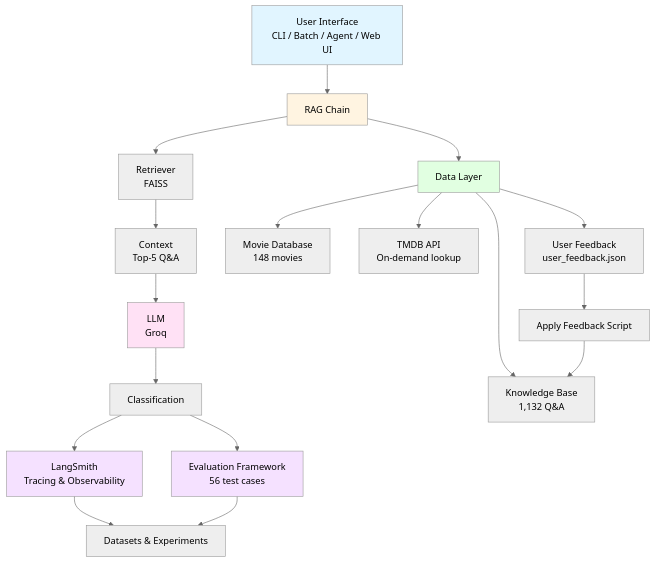
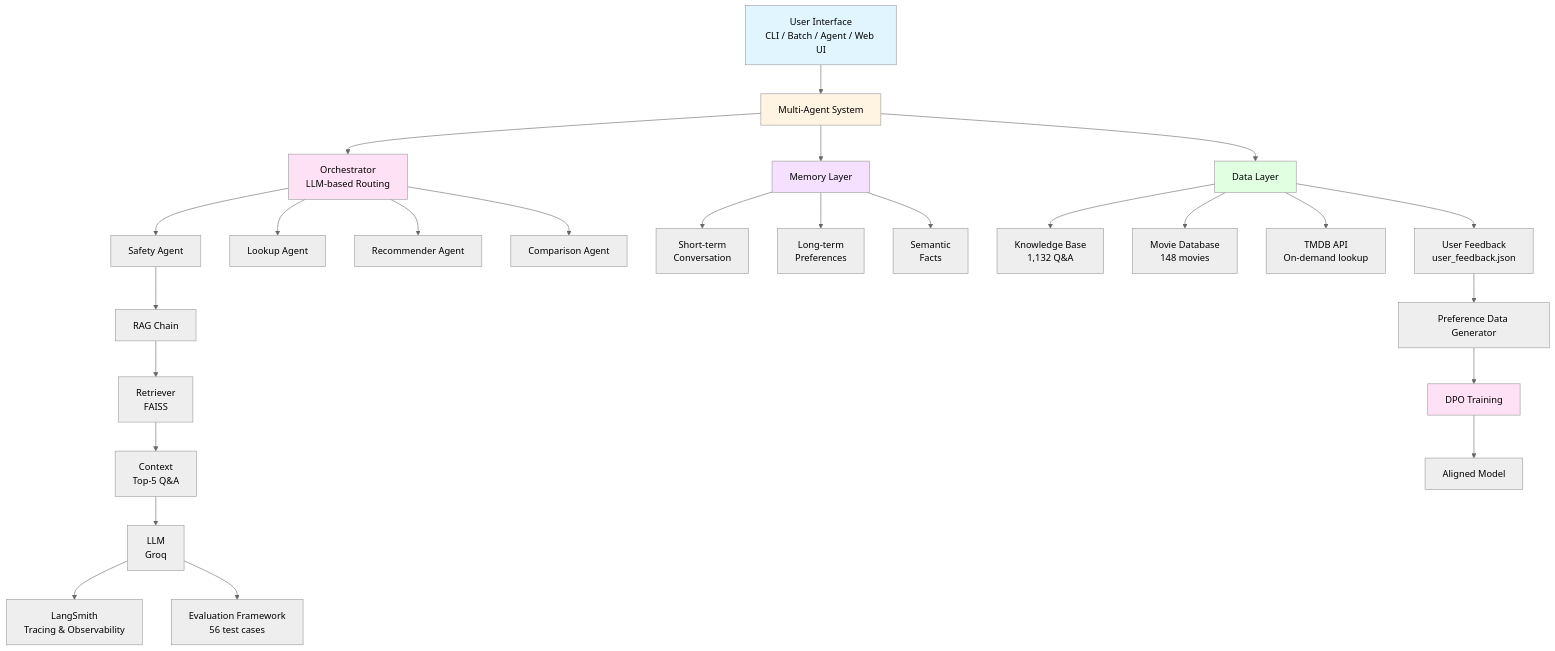
Before and after one commit to flaviocr2012/movie-content-safety: the first of 5 diagrams in README.md, drawn with Mermaid (neutral theme). The commit also changed other lines of this file and 2 other files, not shown here.

Commit message:
added dpo results and updated Readme partially

````diff
--- a/README.md
+++ b/README.md
@@ -35,30 +39,39 @@
 ```mermaid
 flowchart TD
-    A[User Interface<br/>CLI / Batch / Agent / Web UI] --> B[RAG Chain]
-    B --> C[Retriever<br/>FAISS]
-    C --> D[Context<br/>Top-5 Q&A]
-    D --> E[LLM<br/>Groq]
-    E --> F[Classification]
+    A[User Interface<br/>CLI / Batch / Agent / Web UI] --> B[Multi-Agent System]
+    B --> C[Orchestrator<br/>LLM-based Routing]
+    C --> D[Safety Agent]
+    C --> E[Lookup Agent]
+    C --> F[Recommender Agent]
+    C --> G[Comparison Agent]
 
-    B --> G[Data Layer]
-    G --> H[Knowledge Base<br/>1,132 Q&A]
-    G --> I[Movie Database<br/>148 movies]
-    G --> J[TMDB API<br/>On-demand lookup]
-    G --> K[User Feedback<br/>user_feedback.json]
+    D --> H[RAG Chain]
+    H --> I[Retriever<br/>FAISS]
+    I --> J[Context<br/>Top-5 Q&A]
+    J --> K[LLM<br/>Groq]
 
-    F --> L[LangSmith<br/>Tracing & Observability]
-    F --> M[Evaluation Framework<br/>56 test cases]
+    B --> L[Memory Layer]
+    L --> M[Short-term<br/>Conversation]
+    L --> N[Long-term<br/>Preferences]
+    L --> O[Semantic<br/>Facts]
 
-    K --> N[Apply Feedback Script]
-    N --> H
+    B --> P[Data Layer]
+    P --> Q[Knowledge Base<br/>1,132 Q&A]
+    P --> R[Movie Database<br/>148 movies]
+    P --> S[TMDB API<br/>On-demand lookup]
+    P --> T[User Feedback<br/>user_feedback.json]
 
-    L --> O[Datasets & Experiments]
-    M --> O
+    K --> U[LangSmith<br/>Tracing & Observability]
+    K --> V[Evaluation Framework<br/>56 test cases]
+
+    T --> W[Preference Data Generator]
+    W --> X[DPO Training]
+    X --> Y[Aligned Model]
 
     style A fill:#e1f5ff
     style B fill:#fff4e1
-    style E fill:#ffe1f5
-    style G fill:#e1ffe1
+    style C fill:#ffe1f5
     style L fill:#f5e1ff
-    style M fill:#f5e1ff
+    style P fill:#e1ffe1
+    style X fill:#ffe1f5
 ```
````
